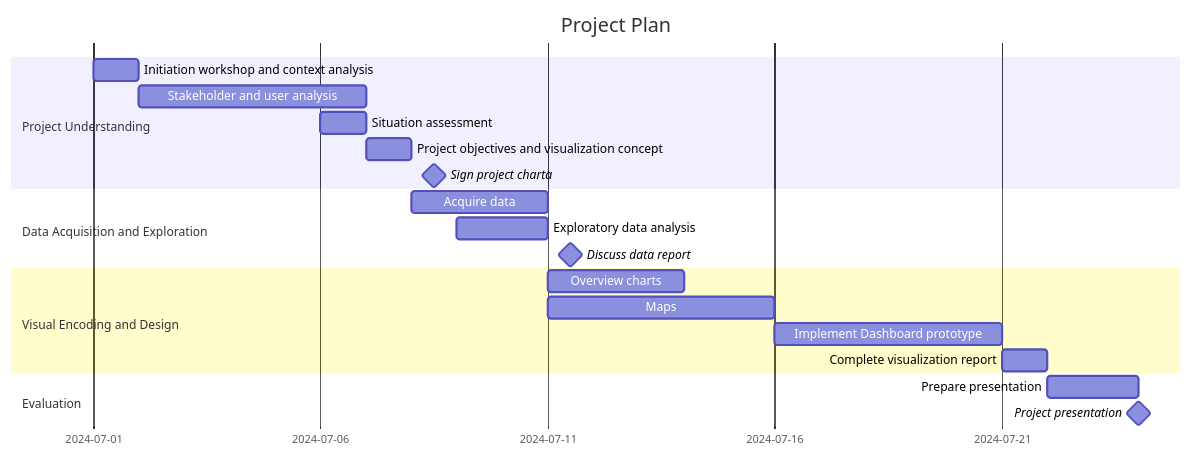
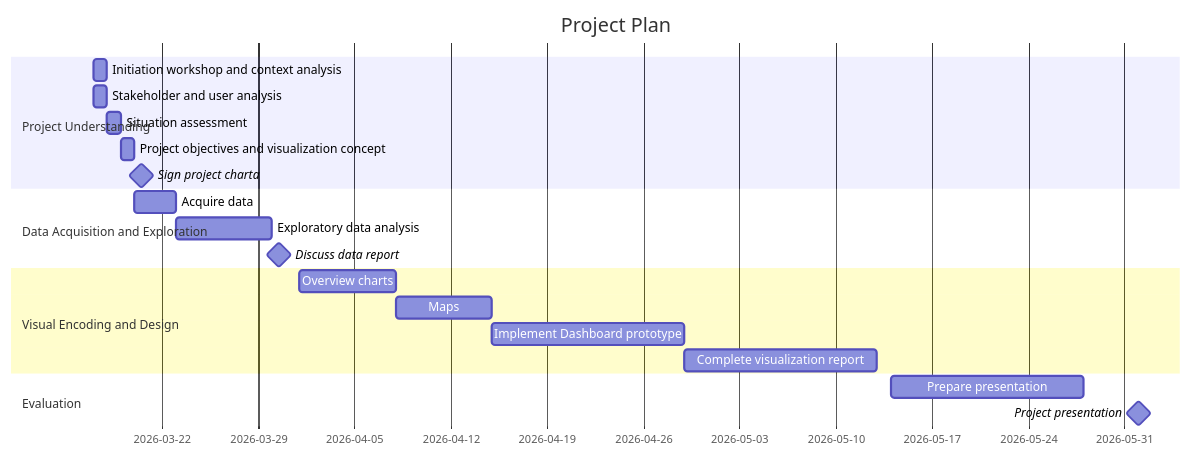
Before and after one commit to podsv-fs26-ad24/ad24-5-fancyproject: the diagram in docs/project_charta.qmd, drawn with Mermaid.

Commit message:
Projektplan

````diff
--- a/docs/project_charta.qmd
+++ b/docs/project_charta.qmd
@@ -175,28 +175,28 @@
 ```{mermaid}
 %%| label: fig-project-plan
 %%| fig-cap: Preliminary project plan in the form of a Gantt chart.
 gantt
     title Project Plan
     dateFormat YYYY-MM-DD
-    tickInterval 5day
+    tickInterval 1week
     section Project Understanding
-        Initiation workshop and context analysis     :a1, 2024-07-01, 1d
-        Stakeholder and user analysis     :a3, 2024-07-02, 5d
-        Situation assessment    :a4, 2024-07-06, 1d
-        Project objectives and visualization concept    :a5, 2024-07-07, 1d
-        Sign project charta: milestone, m1, 2024-07-08, 1d
+        Initiation workshop and context analysis     :a1, 2026-03-17, 1d
+        Stakeholder and user analysis     :a3, 2026-03-17, 1d
+        Situation assessment    :a4, 2026-03-18, 1d
+        Project objectives and visualization concept    :a5, 2026-03-19, 1d
+        Sign project charta: milestone, m1, 2026-03-20, 1d
     
     section Data Acquisition and Exploration
-        Acquire data :a6, 2024-07-08, 3d
-        Exploratory data analysis   :a7, 2024-07-09, 2d
-        Discuss data report: milestone, m2, 2024-07-11, 1d
+        Acquire data :a6, 2026-03-20, 3d
+        Exploratory data analysis   :a7, 2026-03-23, 7d
+        Discuss data report: milestone, m2, 2026-03-30, 1d
         
     section Visual Encoding and Design
-        Overview charts   :a8, 2024-07-11, 3d
-        Maps :a9, 2024-07-11, 5d
-        Implement Dashboard prototype :a10, 2024-07-16, 5d
-        Complete visualization report :a10, 2024-07-21, 1d
+        Overview charts   :a8, 2026-04-01, 7d
+        Maps :a9, 2026-04-08, 7d
+        Implement Dashboard prototype :a10, 2026-04-15, 14d
+        Complete visualization report :a10, 2026-04-29, 14d
     section Evaluation
-        Prepare presentation :a10, 2024-07-22, 2d
-        Project presentation : milestone, m2, 2024-07-24, 4m
+        Prepare presentation :a10, 2026-05-14, 14d
+        Project presentation : milestone, m2, 2026-06-01, 4m
 ```
````
